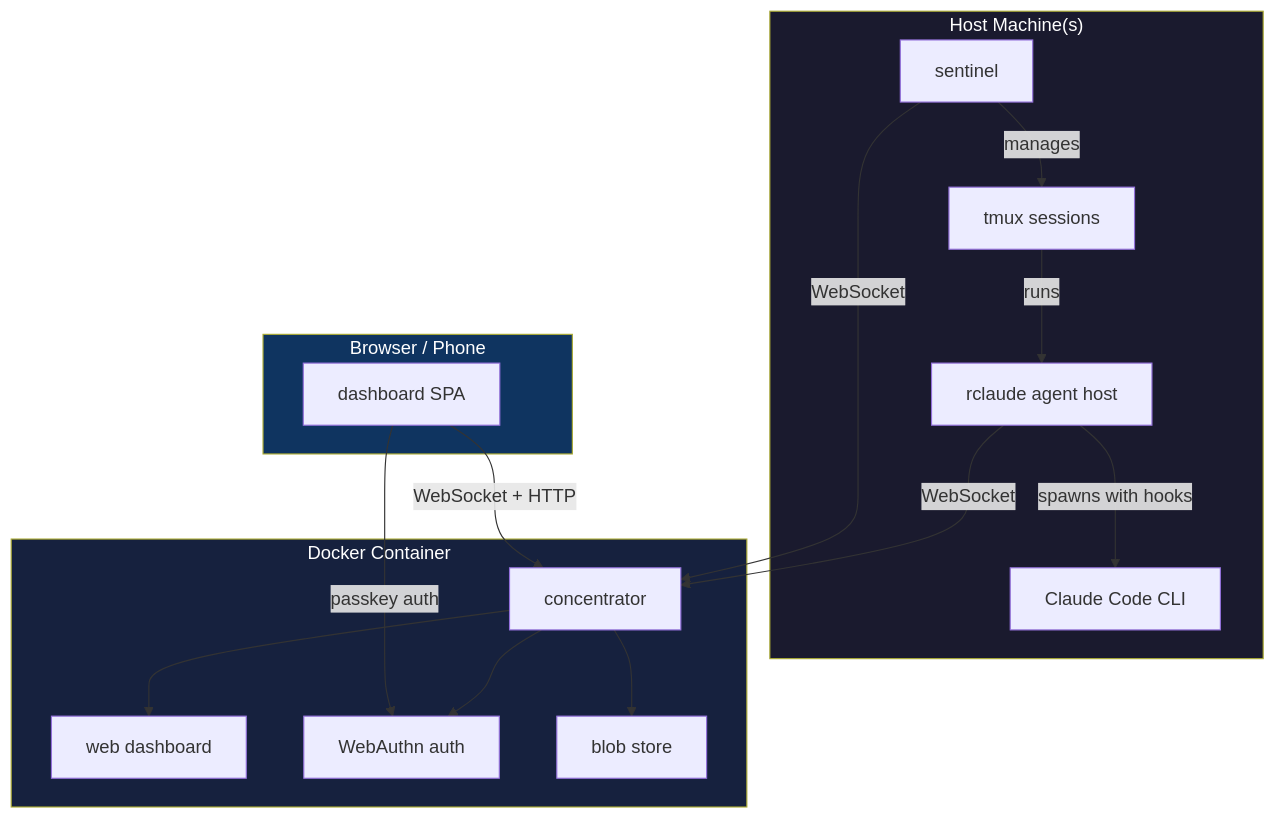
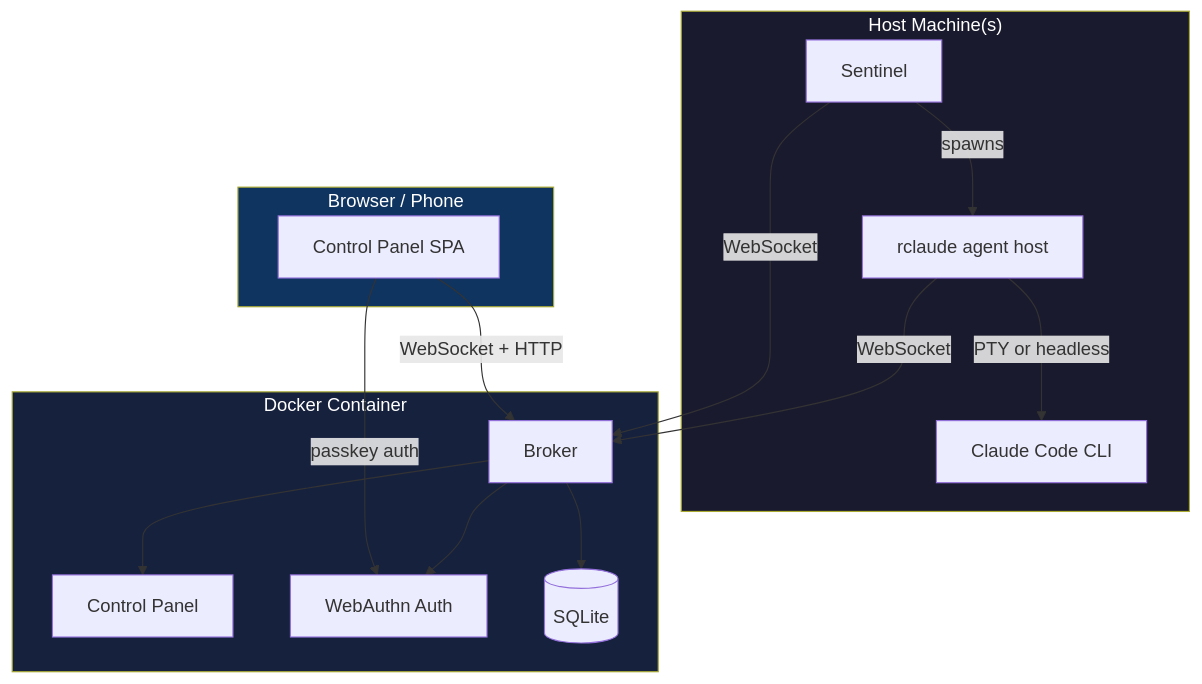
Before and after one commit to claudification/remote-claude: the diagram in SETUP.md, drawn with Mermaid. The commit also changed other lines of this file and 2 other files, not shown here.

First line of the commit message:
docs: update naming (concentrator -> broker, dashboard -> control panel)

````diff
--- a/SETUP.md
+++ b/SETUP.md
@@ -753,37 +846,35 @@
 ```mermaid
 graph TB
     subgraph Host["Host Machine(s)"]
         RC[rclaude agent host]
         CC[Claude Code CLI]
-        AG[sentinel]
-        TM[tmux sessions]
+        SN[Sentinel]
 
-        RC -->|spawns with hooks| CC
-        AG -->|manages| TM
-        TM -->|runs| RC
+        SN -->|spawns| RC
+        RC -->|PTY or headless| CC
     end
 
     subgraph Docker["Docker Container"]
-        CON[concentrator]
-        WEB[web dashboard]
-        AUTH[WebAuthn auth]
-        BLOB[blob store]
+        BR[Broker]
+        WEB[Control Panel]
+        AUTH[WebAuthn Auth]
+        DB[(SQLite)]
 
-        CON --> WEB
-        CON --> AUTH
-        CON --> BLOB
+        BR --> WEB
+        BR --> AUTH
+        BR --> DB
     end
 
     subgraph Browser["Browser / Phone"]
-        DASH[dashboard SPA]
+        CP[Control Panel SPA]
     end
 
-    RC -->|WebSocket| CON
-    AG -->|WebSocket| CON
-    DASH -->|WebSocket + HTTP| CON
-    DASH -->|passkey auth| AUTH
+    RC -->|WebSocket| BR
+    SN -->|WebSocket| BR
+    CP -->|WebSocket + HTTP| BR
+    CP -->|passkey auth| AUTH
 
     style Host fill:#1a1a2e,color:#fff
     style Docker fill:#16213e,color:#fff
     style Browser fill:#0f3460,color:#fff
 ```
````
